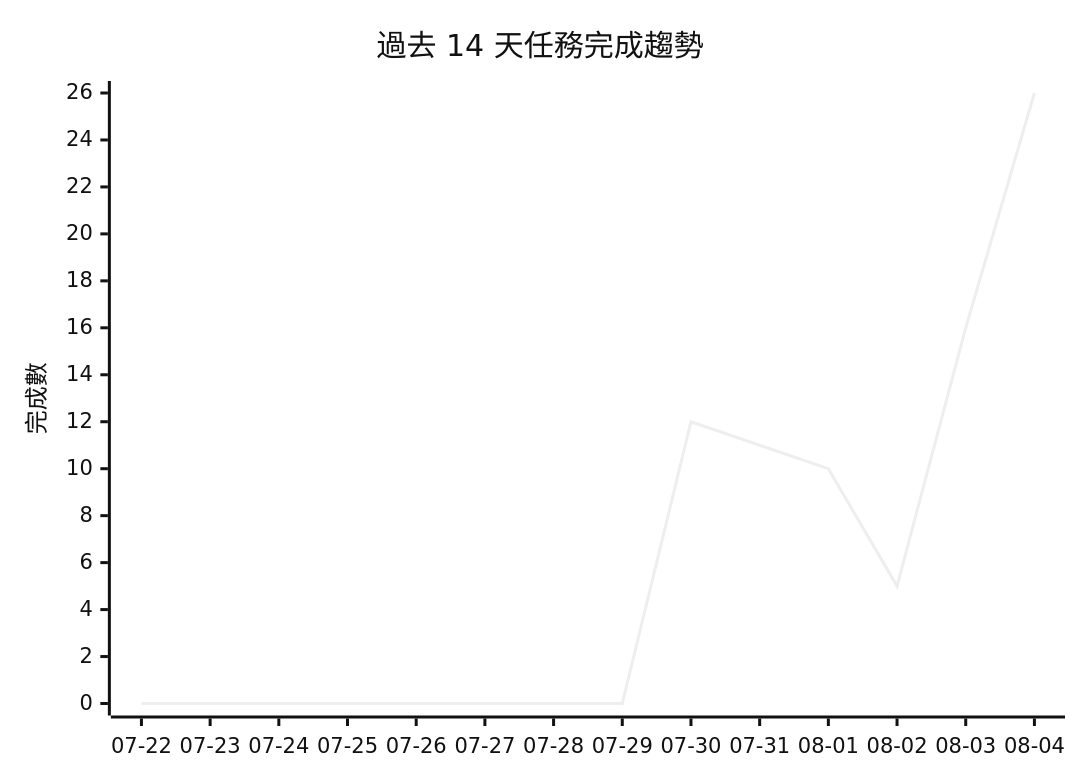
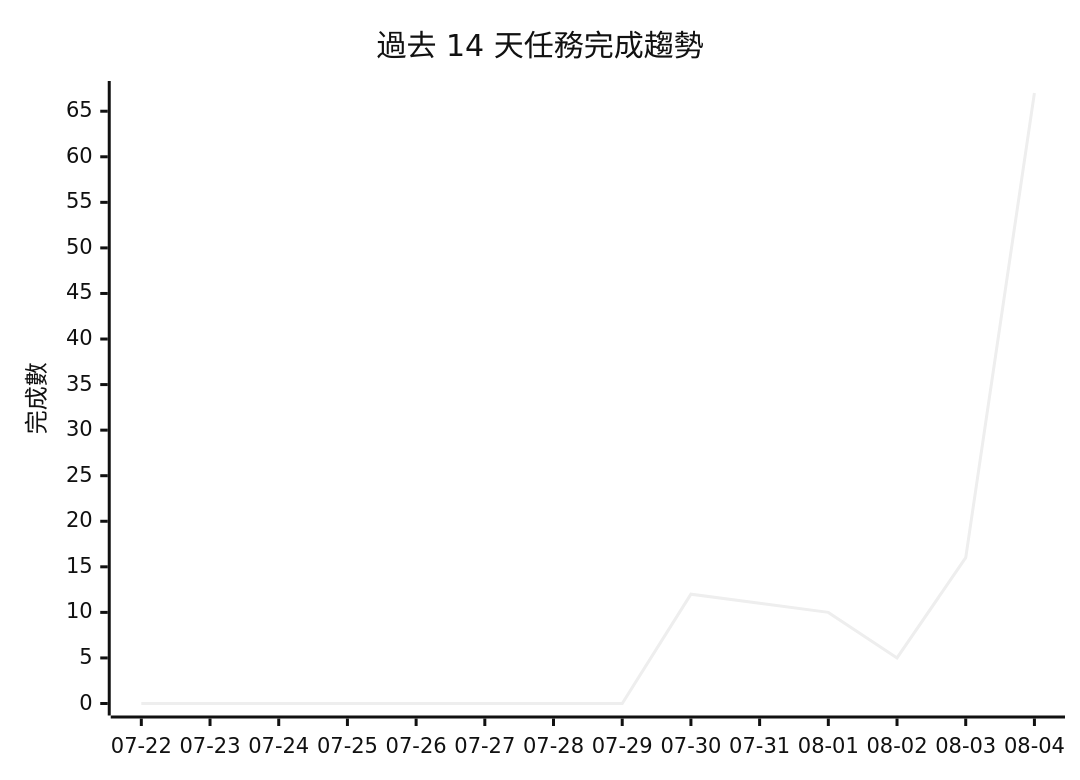
One commit to gentoobreaking/ai-tasks changed the diagram in PROJECTS.md. Above: the diagram before and after it, drawn with Mermaid (neutral theme). The commit also changed other lines of this file and 107 other files, not shown here.

````diff
--- a/PROJECTS.md
+++ b/PROJECTS.md
@@ -202,7 +188,7 @@
 ```mermaid
 xychart-beta
     title "過去 14 天任務完成趨勢"
     x-axis ["07-22", "07-23", "07-24", "07-25", "07-26", "07-27", "07-28", "07-29", "07-30", "07-31", "08-01", "08-02", "08-03", "08-04"]
-    y-axis "完成數" 0 --> 26
-    line [0, 0, 0, 0, 0, 0, 0, 0, 12, 11, 10, 5, 16, 26]
+    y-axis "完成數" 0 --> 67
+    line [0, 0, 0, 0, 0, 0, 0, 0, 12, 11, 10, 5, 16, 67]
 ```
````
